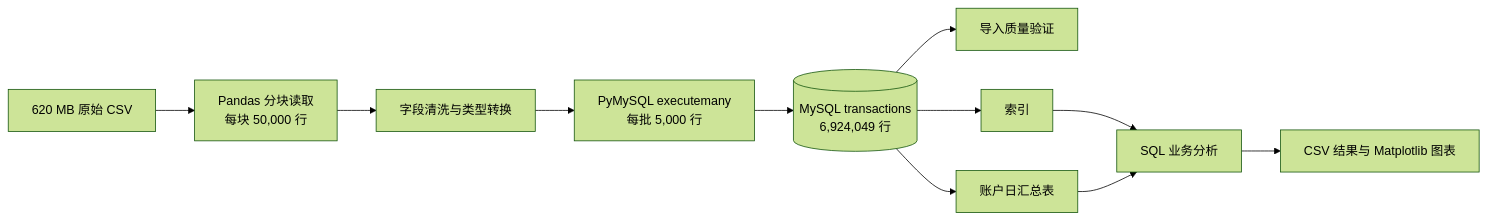
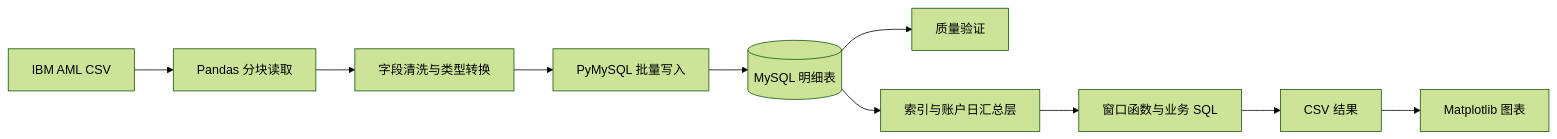
One commit to zzhhmm26/financial-transaction-warehouse changed the diagram in README.md. Above: the diagram before and after it, drawn with Mermaid (forest theme). The commit also changed other lines of this file and 2 other files, not shown here.

````diff
--- a/README.md
+++ b/README.md
@@ -34,13 +117,12 @@
 ```mermaid
 flowchart LR
-    A[620 MB 原始 CSV] --> B[Pandas 分块读取<br/>每块 50,000 行]
+    A[IBM AML CSV] --> B[Pandas 分块读取]
     B --> C[字段清洗与类型转换]
-    C --> D[PyMySQL executemany<br/>每批 5,000 行]
-    D --> E[(MySQL transactions<br/>6,924,049 行)]
-    E --> F[导入质量验证]
-    E --> G[索引]
-    E --> H[账户日汇总表]
-    G --> I[SQL 业务分析]
-    H --> I
-    I --> J[CSV 结果与 Matplotlib 图表]
+    C --> D[PyMySQL 批量写入]
+    D --> E[(MySQL 明细表)]
+    E --> F[质量验证]
+    E --> G[索引与账户日汇总层]
+    G --> H[窗口函数与业务 SQL]
+    H --> I[CSV 结果]
+    I --> J[Matplotlib 图表]
 ```
````
